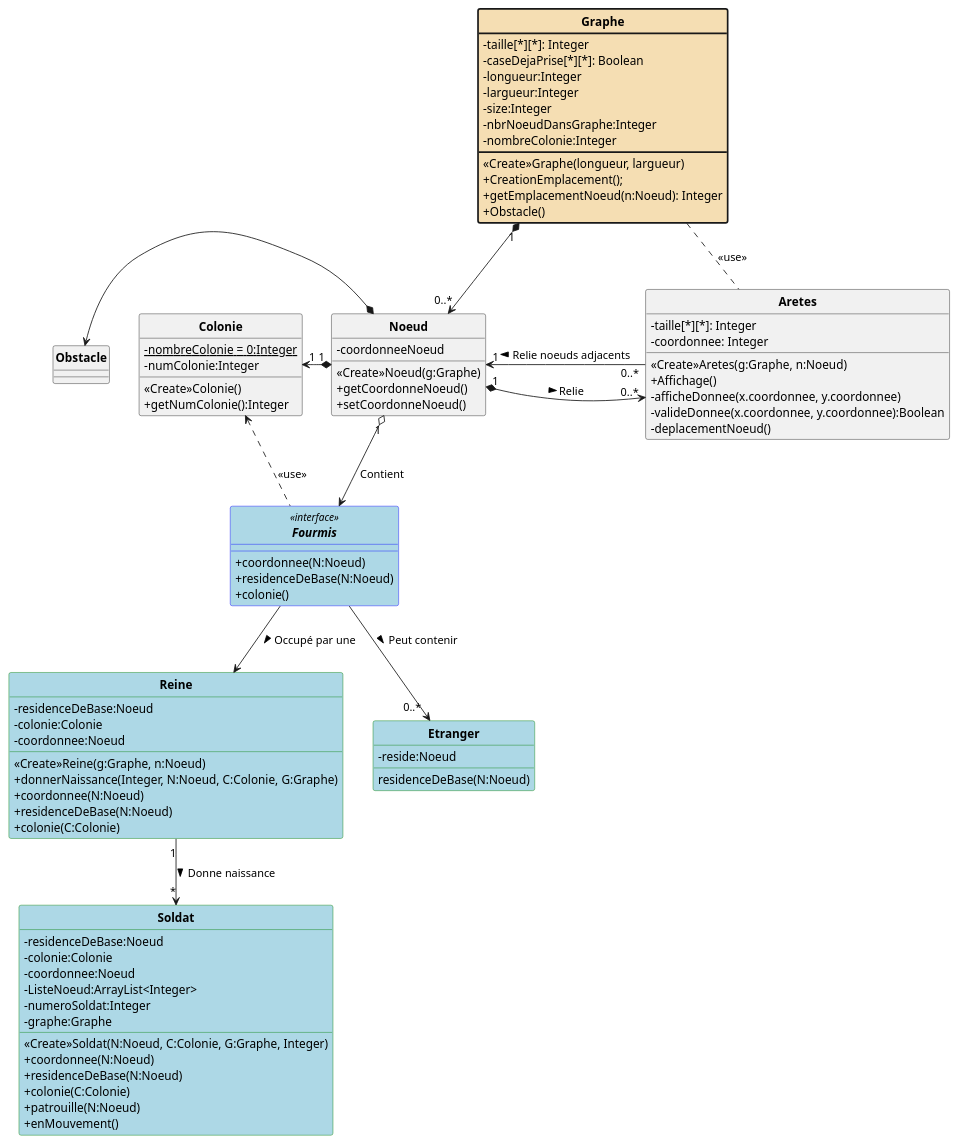
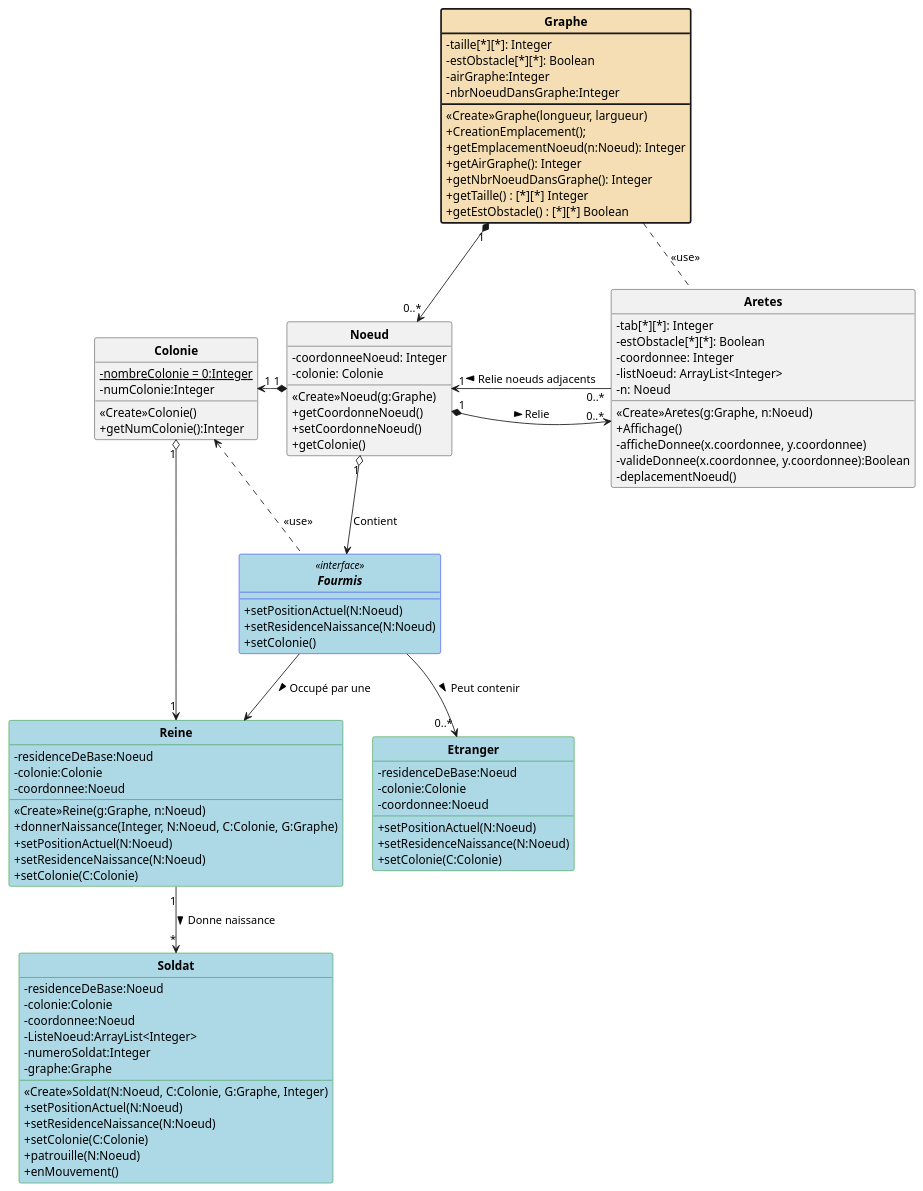
Before and after one commit to jvondermarck/ant-colony: the diagram in plantUML/V1/Fourmis_DC_Conception.puml, drawn with PlantUML. The commit also changed 8 other files, not shown here.

Commit message:
Creation Diagramme Sequence

```diff
--- a/plantUML/V1/Fourmis_DC_Conception.puml
+++ b/plantUML/V1/Fourmis_DC_Conception.puml
@@ -1,108 +1,113 @@
 @startuml
 'https://plantuml.com/class-diagram
 
 skinparam style strictuml
 skinparam classAttributeIconSize 0
 skinparam classFontStyle Bold
 hide enum methods
 
 class Graphe #back:Wheat;line.bold {
     -taille[*][*]: Integer
-    -caseDejaPrise[*][*]: Boolean
-    -longueur:Integer
-    -largueur:Integer
-    -size:Integer
+    -estObstacle[*][*]: Boolean
+    -airGraphe:Integer
     -nbrNoeudDansGraphe:Integer
-    -nombreColonie:Integer
 
     <<Create>>Graphe(longueur, largueur)
     +CreationEmplacement();
     +getEmplacementNoeud(n:Noeud): Integer
-    +Obstacle()
+    +getAirGraphe(): Integer
+    +getNbrNoeudDansGraphe(): Integer
+    +getTaille() : [*][*] Integer
+    +getEstObstacle() : [*][*] Boolean
 }
 
-
 class Noeud{
-    -coordonneeNoeud
+    -coordonneeNoeud: Integer
+    -colonie: Colonie
 
     <<Create>>Noeud(g:Graphe)
     +getCoordonneNoeud()
     +setCoordonneNoeud()
+    +getColonie()
 }
 
 class Aretes {
-    -taille[*][*]: Integer
+    -tab[*][*]: Integer
+    -estObstacle[*][*]: Boolean
     -coordonnee: Integer
+    -listNoeud: ArrayList<Integer>
+    -n: Noeud
 
     <<Create>>Aretes(g:Graphe, n:Noeud)
     +Affichage()
     -afficheDonnee(x.coordonnee, y.coordonnee)
     -valideDonnee(x.coordonnee, y.coordonnee):Boolean
     -deplacementNoeud()
 }
 
 class Colonie {
     -{static} nombreColonie = 0:Integer
     -numColonie:Integer
     <<Create>>Colonie()
     +getNumColonie():Integer
 }
 
-class Obstacle {
-
-}
-
 interface Fourmis <<interface>> #lightblue;line:blue {
-    +coordonnee(N:Noeud)
-    +residenceDeBase(N:Noeud)
-    +colonie()
+    +setPositionActuel(N:Noeud)
+    +setResidenceNaissance(N:Noeud)
+    +setColonie()
 }
 class Reine #lightblue;line:green {
     -residenceDeBase:Noeud
     -colonie:Colonie
     -coordonnee:Noeud
 
     <<Create>>Reine(g:Graphe, n:Noeud)
     +donnerNaissance(Integer, N:Noeud, C:Colonie, G:Graphe)
-    +coordonnee(N:Noeud)
-    +residenceDeBase(N:Noeud)
-    +colonie(C:Colonie)
+    +setPositionActuel(N:Noeud)
+    +setResidenceNaissance(N:Noeud)
+    +setColonie(C:Colonie)
 }
 
 class Soldat #lightblue;line:green {
     -residenceDeBase:Noeud
     -colonie:Colonie
     -coordonnee:Noeud
     -ListeNoeud:ArrayList<Integer>
     -numeroSoldat:Integer
     -graphe:Graphe
 
     <<Create>>Soldat(N:Noeud, C:Colonie, G:Graphe, Integer)
-    +coordonnee(N:Noeud)
-    +residenceDeBase(N:Noeud)
-    +colonie(C:Colonie)
+    +setPositionActuel(N:Noeud)
+    +setResidenceNaissance(N:Noeud)
+    +setColonie(C:Colonie)
     +patrouille(N:Noeud)
     +enMouvement()
 }
 
 class Etranger #lightblue;line:green{
-    -reside:Noeud
-    residenceDeBase(N:Noeud)
+    -residenceDeBase:Noeud
+    -colonie:Colonie
+    -coordonnee:Noeud
+
+    +setPositionActuel(N:Noeud)
+    +setResidenceNaissance(N:Noeud)
+    +setColonie(C:Colonie)
 }
 
 
 Graphe "1" *--> "0..*" Noeud
 
 Noeud "\n1" *-> "0..*" Aretes : \n Relie  >
 Aretes "0..*" -> "1" Noeud : Relie noeuds adjacents >
 
 Graphe .. Aretes : <<use>>
 Noeud "1" *-left> "1" Colonie
-Noeud *-left> Obstacle
 Colonie <.. Fourmis : <<use>>
+Reine "1" <-lefto "1" Colonie
 Noeud "1" o--> Fourmis : Contient
 Fourmis --> Reine : Occupé par une >
 Fourmis --> "\t\t0..*" Etranger : Peut contenir >
 Reine "1" --> "*" Soldat : Donne naissance >
 
 @enduml
```
